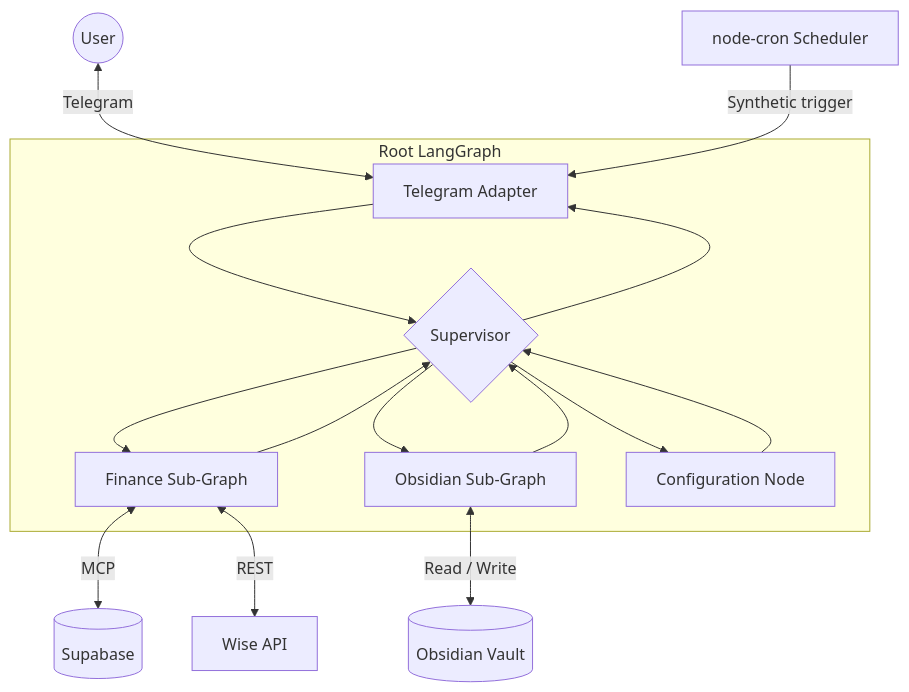
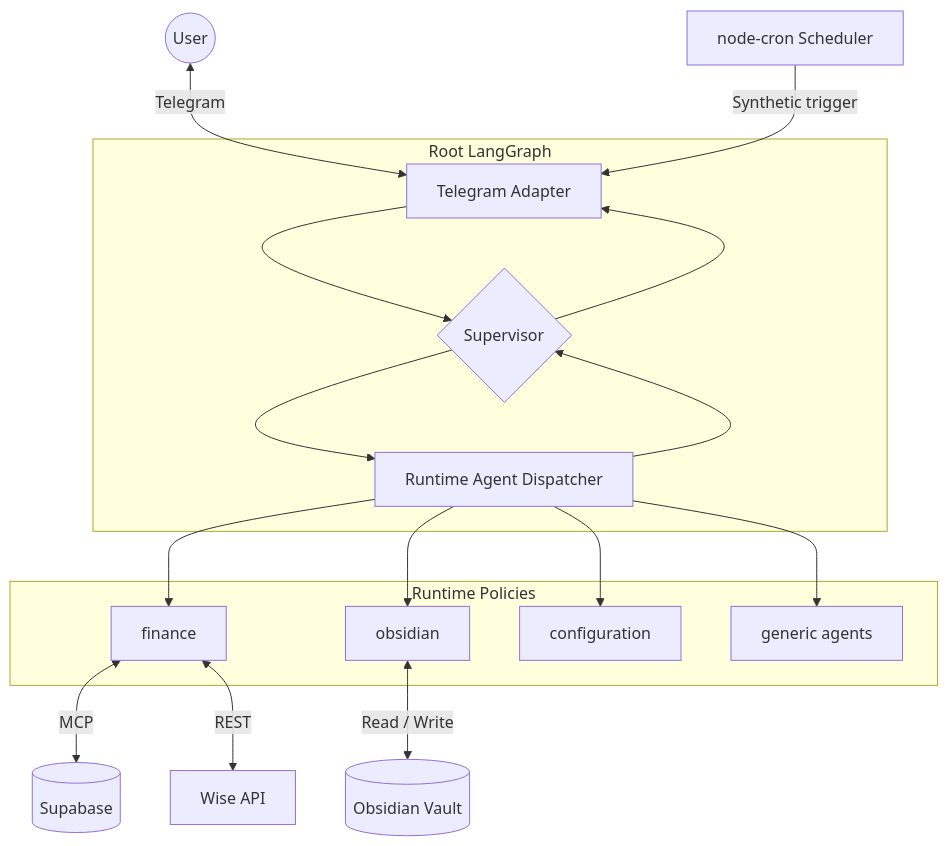
The diagram in README.md (slnnzmtl/langgraph-personal-assistant), drawn with Mermaid before and after one commit. The commit also changed other lines of this file and 70 other files, not shown here.

Commit message:
refactor: restructure runtime agent management by consolidating finance, configuration, and obsidian nodes into a unified runtime agent dispatcher, enhancing execution context and policy handling for improved agent flexibility

````diff
--- a/README.md
+++ b/README.md
@@ -7,20 +7,23 @@
 ```mermaid
 graph TD
     User((User)) <-->|Telegram| Adapter[Telegram Adapter]
     Cron[node-cron Scheduler] -->|Synthetic trigger| Adapter
 
     subgraph RootGraph [Root LangGraph]
         Adapter --> Supervisor{Supervisor}
-        Supervisor --> Finance_SG[Finance Sub-Graph]
-        Supervisor --> Obsidian_SG[Obsidian Sub-Graph]
-        Supervisor --> Config_SG[Configuration Node]
-        Finance_SG --> Supervisor
-        Obsidian_SG --> Supervisor
-        Config_SG --> Supervisor
+        Supervisor --> Runtime_SG[Runtime Agent Dispatcher]
+        Runtime_SG --> Supervisor
         Supervisor --> Adapter
     end
 
-    Finance_SG <-->|MCP| Supabase[(Supabase)]
-    Finance_SG <-->|REST| Wise[Wise API]
-    Obsidian_SG <-->|Read / Write| Vault[(Obsidian Vault)]
+    subgraph RuntimePolicies [Runtime Policies]
+        Runtime_SG --> FinancePolicy[finance]
+        Runtime_SG --> ObsidianPolicy[obsidian]
+        Runtime_SG --> ConfigurationPolicy[configuration]
+        Runtime_SG --> GenericPolicy[generic agents]
+    end
+
+    FinancePolicy <-->|MCP| Supabase[(Supabase)]
+    FinancePolicy <-->|REST| Wise[Wise API]
+    ObsidianPolicy <-->|Read / Write| Vault[(Obsidian Vault)]
 ```
````
